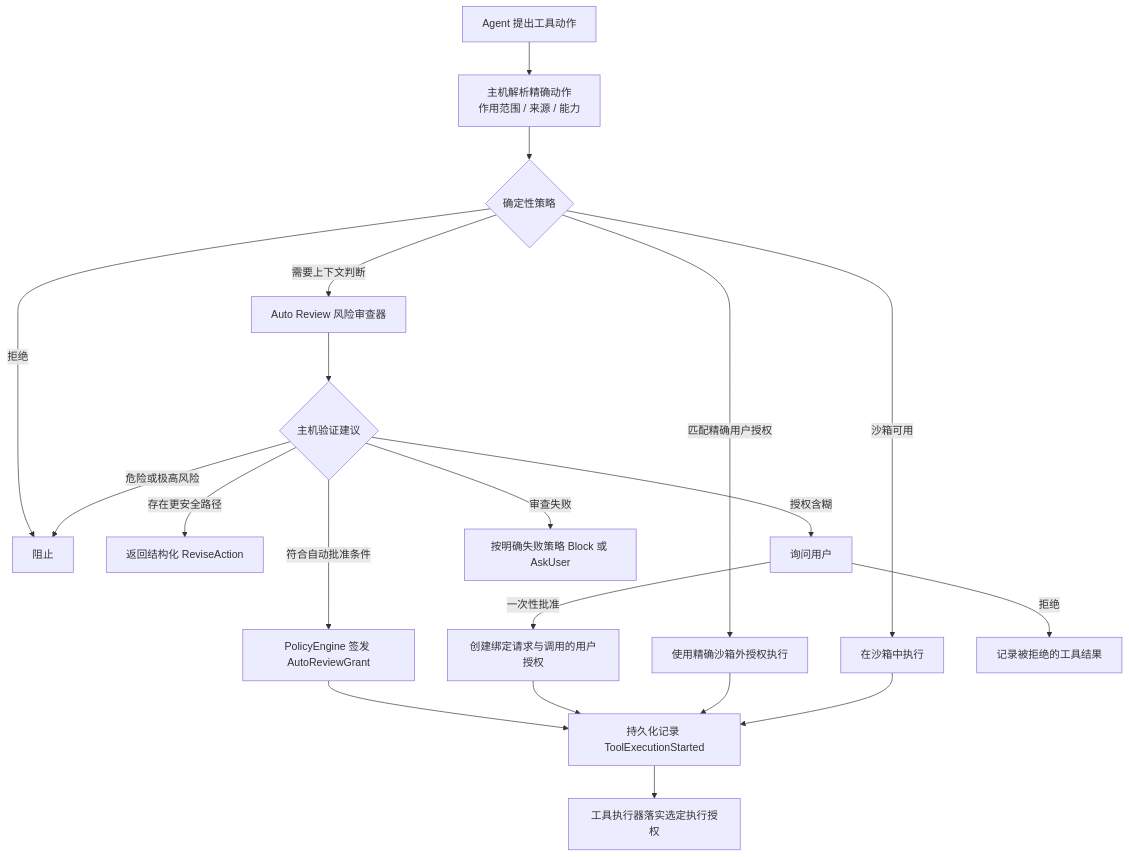
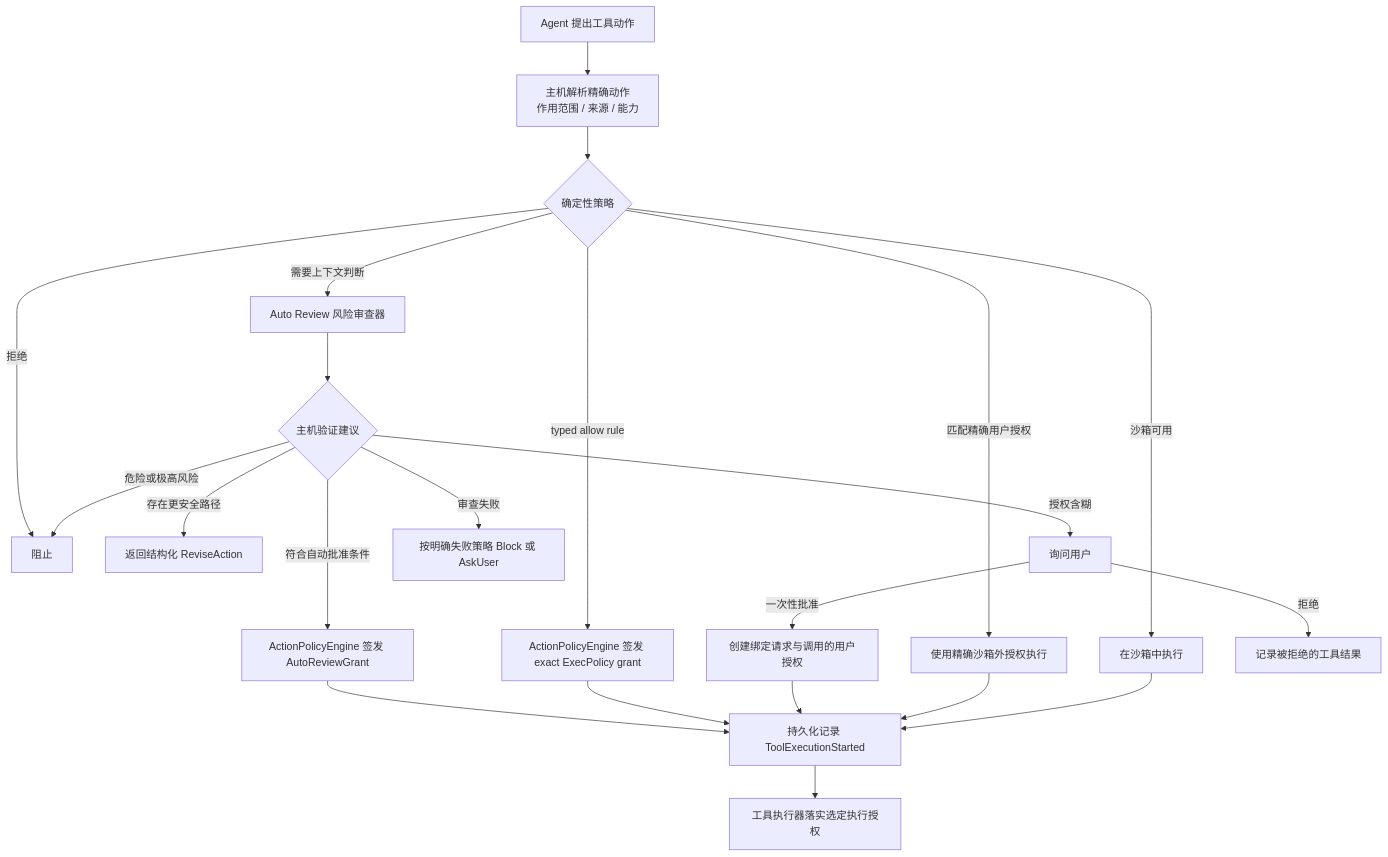
One commit to chogng/zeta changed the diagram in docs/auto-review.md. Above: the diagram before and after it, drawn with Mermaid. The commit also changed other lines of this file and 144 other files, not shown here.

First line of the commit message:
Refactor policy engine and related components

````diff
--- a/docs/auto-review.md
+++ b/docs/auto-review.md
@@ -98,22 +99,24 @@
 ```mermaid
 flowchart TD
     A["Agent 提出工具动作"] --> B["主机解析精确动作<br/>作用范围 / 来源 / 能力"]
     B --> C{"确定性策略"}
     C -- "拒绝" --> X["阻止"]
+    C -- "typed allow rule" --> PG["ActionPolicyEngine 签发 exact ExecPolicy grant"]
     C -- "匹配精确用户授权" --> G["使用精确沙箱外授权执行"]
     C -- "沙箱可用" --> S["在沙箱中执行"]
     C -- "需要上下文判断" --> R["Auto Review 风险审查器"]
     R --> V{"主机验证建议"}
-    V -- "符合自动批准条件" --> AG["PolicyEngine 签发 AutoReviewGrant"]
+    V -- "符合自动批准条件" --> AG["ActionPolicyEngine 签发 AutoReviewGrant"]
     V -- "存在更安全路径" --> SA["返回结构化 ReviseAction"]
     V -- "授权含糊" --> U["询问用户"]
     V -- "危险或极高风险" --> X
     V -- "审查失败" --> F["按明确失败策略 Block 或 AskUser"]
     U -- "一次性批准" --> UG["创建绑定请求与调用的用户授权"]
     U -- "拒绝" --> D["记录被拒绝的工具结果"]
     AG --> E["持久化记录 ToolExecutionStarted"]
+    PG --> E
     UG --> E
     G --> E
     S --> E
     E --> T["工具执行器落实选定执行授权"]
 ```
````
